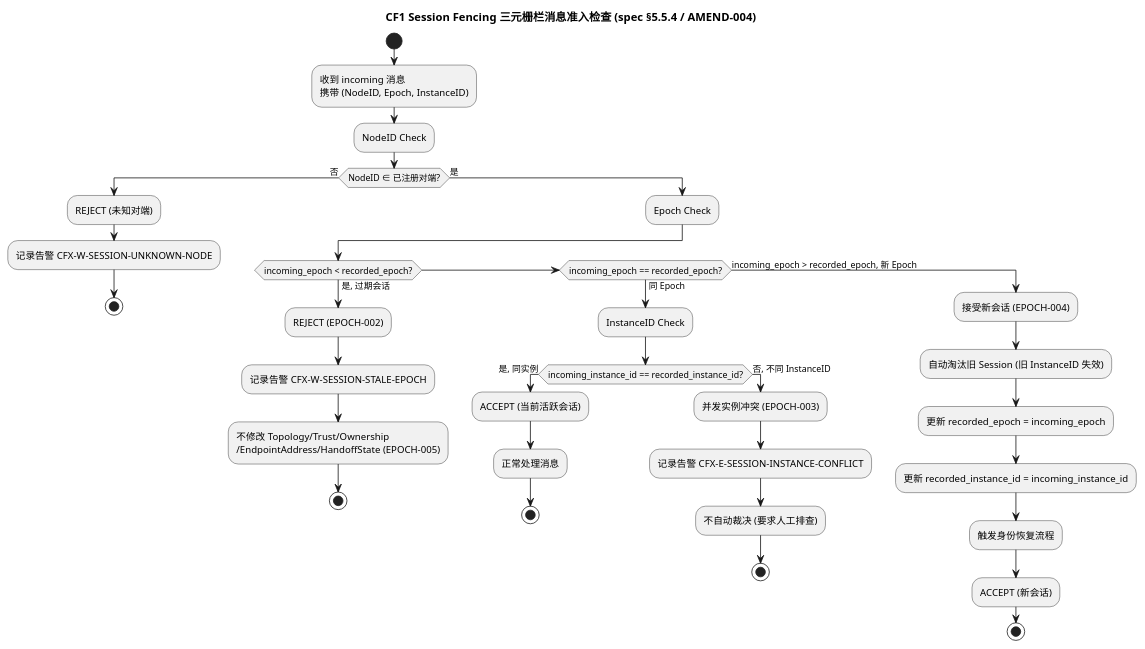
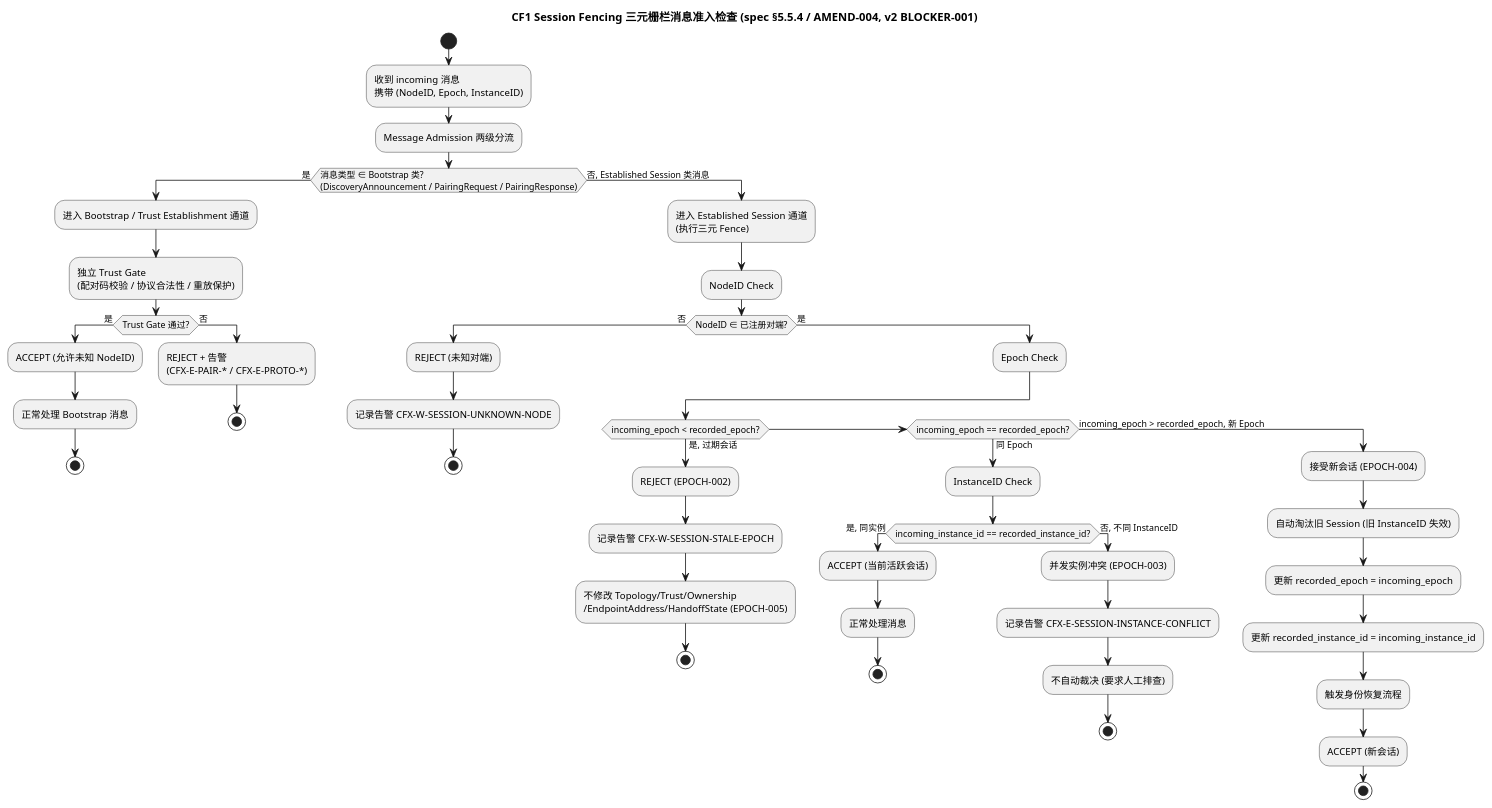
The fifth of 7 diagrams in docs/cf1_endpoint_disc/design.md (wujupeng/CrossFlow-X), drawn with PlantUML before and after one commit. The commit also changed other lines of this file, not shown here.

Commit message:
docs(cf1): revise design.md v2 — fix 2 blockers (session fence + topology commit authority)

````diff
--- a/docs/cf1_endpoint_disc/design.md
+++ b/docs/cf1_endpoint_disc/design.md
@@ -745,43 +761,59 @@
 ```plantuml
 @startuml
-title CF1 Session Fencing 三元栅栏消息准入检查 (spec §5.5.4 / AMEND-004)
+title CF1 Session Fencing 三元栅栏消息准入检查 (spec §5.5.4 / AMEND-004, v2 BLOCKER-001)
 
 start
 :收到 incoming 消息\n携带 (NodeID, Epoch, InstanceID);
 
-:NodeID Check;
-if (NodeID ∈ 已注册对端?) then (否)
-  :REJECT (未知对端);
-  :记录告警 CFX-W-SESSION-UNKNOWN-NODE;
-  stop
-else (是)
-  :Epoch Check;
-  if (incoming_epoch < recorded_epoch?) then (是, 过期会话)
-    :REJECT (EPOCH-002);
-    :记录告警 CFX-W-SESSION-STALE-EPOCH;
-    :不修改 Topology/Trust/Ownership\n/EndpointAddress/HandoffState (EPOCH-005);
+' === v2 BLOCKER-001: Message Admission 两级分流 ===
+:Message Admission 两级分流;
+if (消息类型 ∈ Bootstrap 类?\n(DiscoveryAnnouncement / PairingRequest / PairingResponse)) then (是)
+  :进入 Bootstrap / Trust Establishment 通道;
+  :独立 Trust Gate\n(配对码校验 / 协议合法性 / 重放保护);
+  if (Trust Gate 通过?) then (是)
+    :ACCEPT (允许未知 NodeID);
+    :正常处理 Bootstrap 消息;
     stop
-  elseif (incoming_epoch == recorded_epoch?) then (同 Epoch)
-    :InstanceID Check;
-    if (incoming_instance_id == recorded_instance_id?) then (是, 同实例)
-      :ACCEPT (当前活跃会话);
-      :正常处理消息;
+  else (否)
+    :REJECT + 告警\n(CFX-E-PAIR-* / CFX-E-PROTO-*);
+    stop
+  endif
+else (否, Established Session 类消息)
+  :进入 Established Session 通道\n(执行三元 Fence);
+  :NodeID Check;
+  if (NodeID ∈ 已注册对端?) then (否)
+    :REJECT (未知对端);
+    :记录告警 CFX-W-SESSION-UNKNOWN-NODE;
+    stop
+  else (是)
+    :Epoch Check;
+    if (incoming_epoch < recorded_epoch?) then (是, 过期会话)
+      :REJECT (EPOCH-002);
+      :记录告警 CFX-W-SESSION-STALE-EPOCH;
+      :不修改 Topology/Trust/Ownership\n/EndpointAddress/HandoffState (EPOCH-005);
       stop
-    else (否, 不同 InstanceID)
-      :并发实例冲突 (EPOCH-003);
-      :记录告警 CFX-E-SESSION-INSTANCE-CONFLICT;
-      :不自动裁决 (要求人工排查);
+    elseif (incoming_epoch == recorded_epoch?) then (同 Epoch)
+      :InstanceID Check;
+      if (incoming_instance_id == recorded_instance_id?) then (是, 同实例)
+        :ACCEPT (当前活跃会话);
+        :正常处理消息;
+        stop
+      else (否, 不同 InstanceID)
+        :并发实例冲突 (EPOCH-003);
+        :记录告警 CFX-E-SESSION-INSTANCE-CONFLICT;
+        :不自动裁决 (要求人工排查);
+        stop
+      endif
+    else (incoming_epoch > recorded_epoch, 新 Epoch)
+      :接受新会话 (EPOCH-004);
+      :自动淘汰旧 Session (旧 InstanceID 失效);
+      :更新 recorded_epoch = incoming_epoch;
+      :更新 recorded_instance_id = incoming_instance_id;
+      :触发身份恢复流程;
+      :ACCEPT (新会话);
       stop
     endif
-  else (incoming_epoch > recorded_epoch, 新 Epoch)
-    :接受新会话 (EPOCH-004);
-    :自动淘汰旧 Session (旧 InstanceID 失效);
-    :更新 recorded_epoch = incoming_epoch;
-    :更新 recorded_instance_id = incoming_instance_id;
-    :触发身份恢复流程;
-    :ACCEPT (新会话);
-    stop
   endif
 endif
 @enduml
 ```
````
